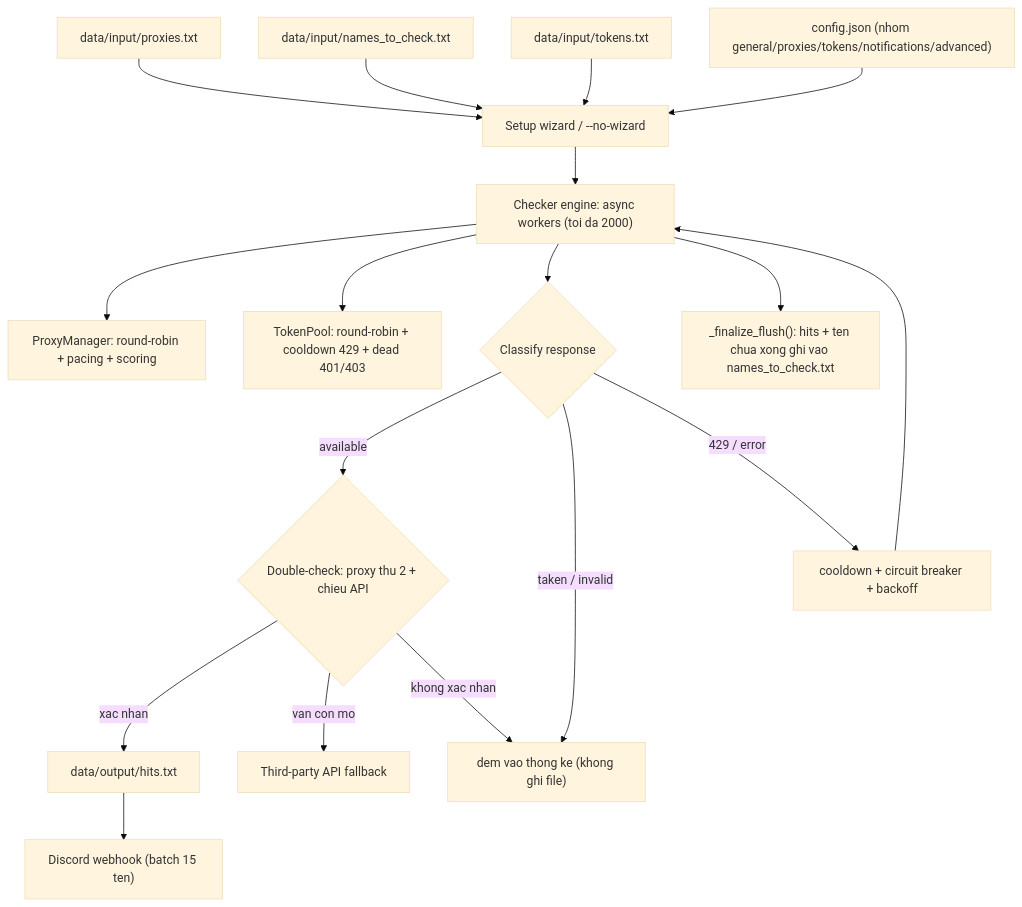
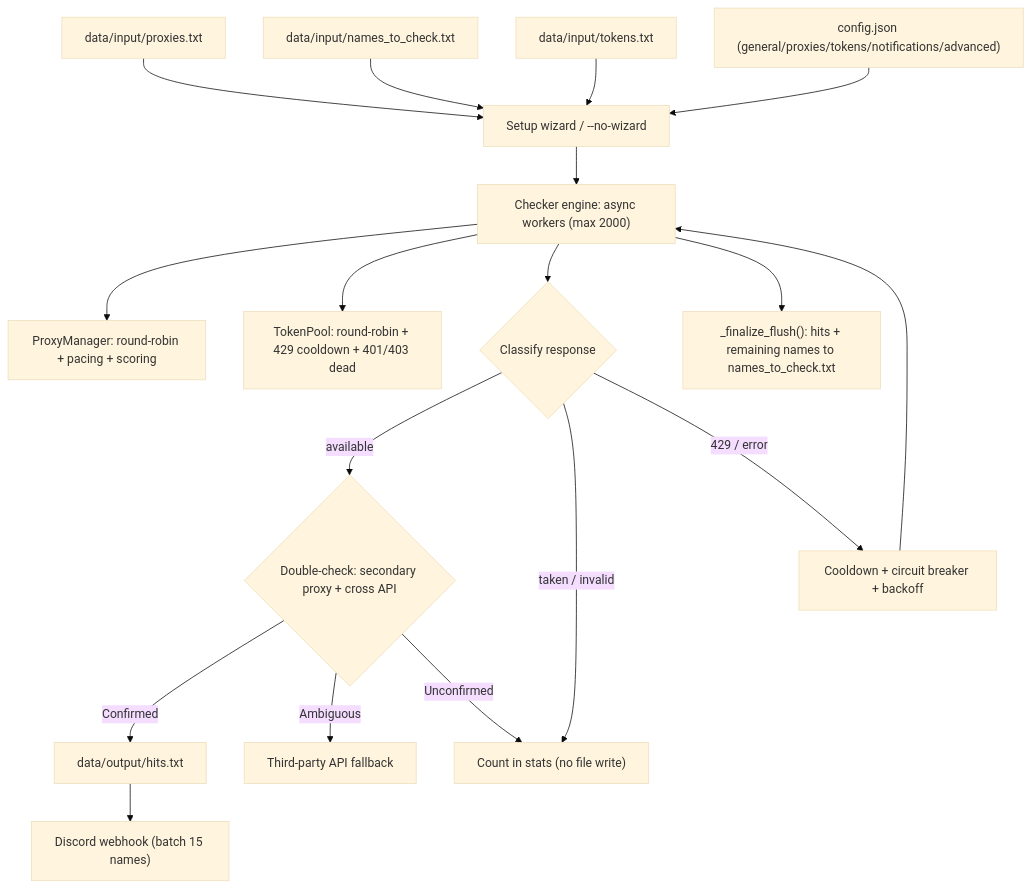
The diagram in README.md (LakoFusion/Discord-Username-Finder), drawn with Mermaid (base theme) before and after one commit. The commit also changed other lines of this file, not shown here.

````diff
--- a/README.md
+++ b/README.md
@@ -178,20 +178,20 @@
 ```mermaid
 flowchart TD
     P1["data/input/proxies.txt"] --> WZ
     P2["data/input/names_to_check.txt"] --> WZ
     P3["data/input/tokens.txt"] --> WZ
-    CFG["config.json (nhom general/proxies/tokens/notifications/advanced)"] --> WZ
-    WZ["Setup wizard / --no-wizard"] --> ENG["Checker engine: async workers (toi da 2000)"]
+    CFG["config.json (general/proxies/tokens/notifications/advanced)"] --> WZ
+    WZ["Setup wizard / --no-wizard"] --> ENG["Checker engine: async workers (max 2000)"]
     ENG --> PM["ProxyManager: round-robin + pacing + scoring"]
-    ENG --> TP["TokenPool: round-robin + cooldown 429 + dead 401/403"]
+    ENG --> TP["TokenPool: round-robin + 429 cooldown + 401/403 dead"]
     ENG --> CL{"Classify response"}
-    CL -->|"available"| DBC{"Double-check: proxy thu 2 + chieu API"}
-    CL -->|"taken / invalid"| CNT["dem vao thong ke (khong ghi file)"]
-    CL -->|"429 / error"| CB["cooldown + circuit breaker + backoff"]
-    DBC -->|"xac nhan"| HIT["data/output/hits.txt"]
-    DBC -->|"van con mo"| TP3["Third-party API fallback"]
-    DBC -->|"khong xac nhan"| CNT
-    HIT --> WH["Discord webhook (batch 15 ten)"]
+    CL -->|"available"| DBC{"Double-check: secondary proxy + cross API"}
+    CL -->|"taken / invalid"| CNT["Count in stats (no file write)"]
+    CL -->|"429 / error"| CB["Cooldown + circuit breaker + backoff"]
+    DBC -->|"Confirmed"| HIT["data/output/hits.txt"]
+    DBC -->|"Ambiguous"| TP3["Third-party API fallback"]
+    DBC -->|"Unconfirmed"| CNT
+    HIT --> WH["Discord webhook (batch 15 names)"]
     CB --> ENG
-    ENG --> FIN["_finalize_flush(): hits + ten chua xong ghi vao names_to_check.txt"]
+    ENG --> FIN["_finalize_flush(): hits + remaining names to names_to_check.txt"]
 ```
````
